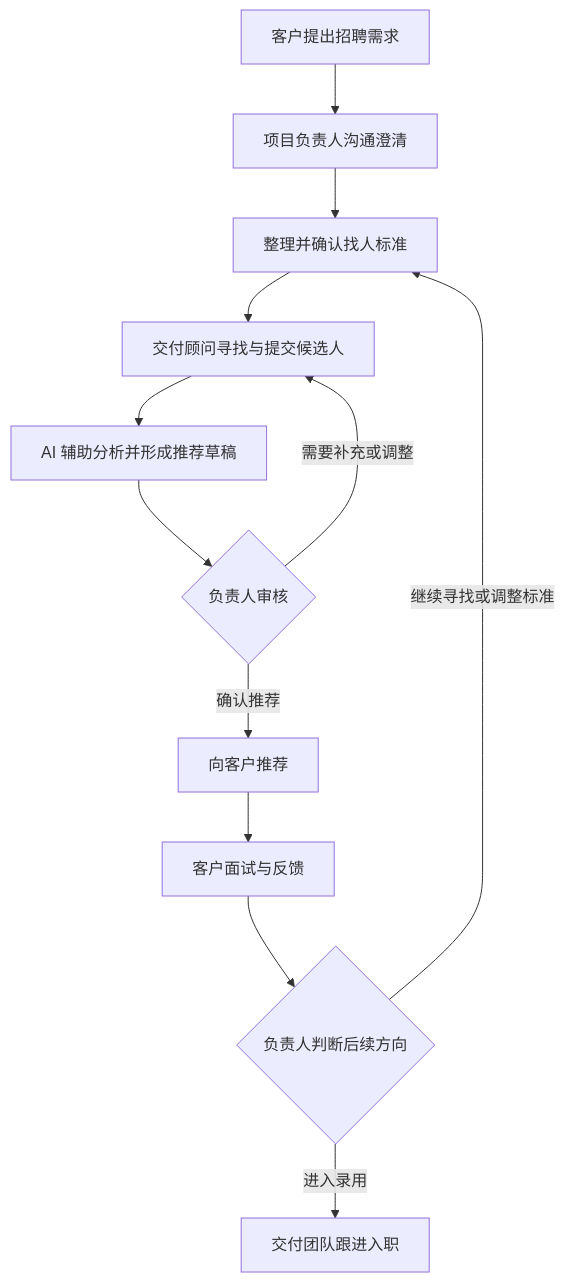
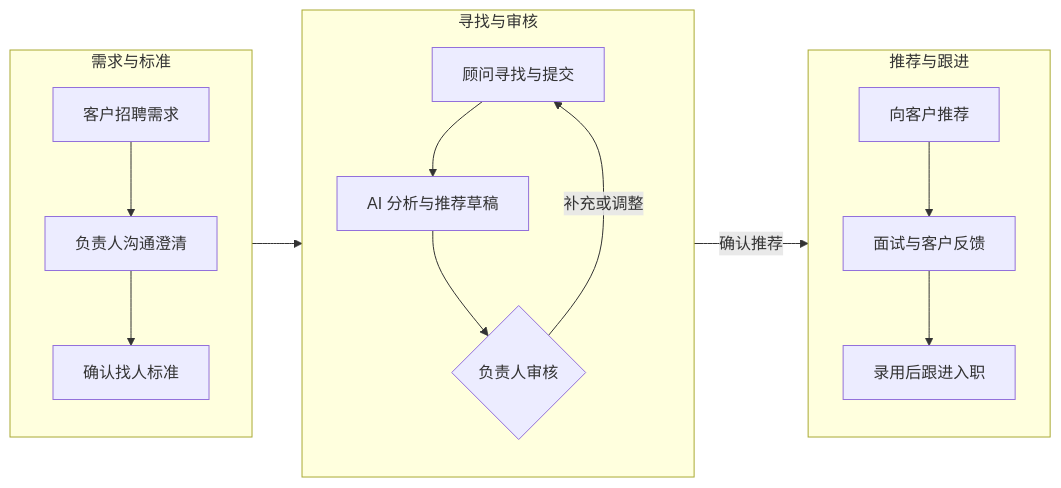
One commit to cytlabs/personal-site changed the first of 2 diagrams in content/cases/recruitment-delivery.md. Above: the diagram before and after it, drawn with Mermaid. The commit also changed other lines of this file and 17 other files, not shown here.

Commit message:
统一图表排版与主题并支持大图查看

````diff
--- a/content/cases/recruitment-delivery.md
+++ b/content/cases/recruitment-delivery.md
@@ -17,14 +17,18 @@
 ```mermaid
-flowchart TD
-    A["客户提出招聘需求"] --> B["项目负责人沟通澄清"]
-    B --> C["整理并确认找人标准"]
-    C --> D["交付顾问寻找与提交候选人"]
-    D --> E["AI 辅助分析并形成推荐草稿"]
-    E --> F{"负责人审核"}
-    F -->|需要补充或调整| D
-    F -->|确认推荐| G["向客户推荐"]
-    G --> H["客户面试与反馈"]
-    H --> I{"负责人判断后续方向"}
-    I -->|继续寻找或调整标准| C
-    I -->|进入录用| J["交付团队跟进入职"]
+flowchart LR
+    subgraph RQ["需求与标准"]
+        direction TB
+        A["客户招聘需求"] --> B["负责人沟通澄清"] --> C["确认找人标准"]
+    end
+    subgraph DL["寻找与审核"]
+        direction TB
+        D["顾问寻找与提交"] --> E["AI 分析与推荐草稿"] --> F{"负责人审核"}
+        F -->|补充或调整| D
+    end
+    subgraph RC["推荐与跟进"]
+        direction TB
+        G["向客户推荐"] --> H["面试与客户反馈"] --> I["录用后跟进入职"]
+    end
+    RQ --> DL
+    DL -->|确认推荐| RC
 ```
````
